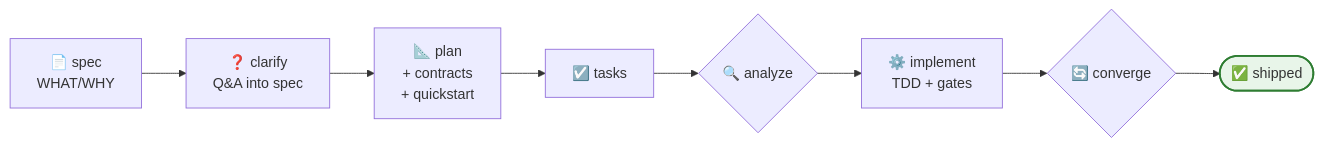
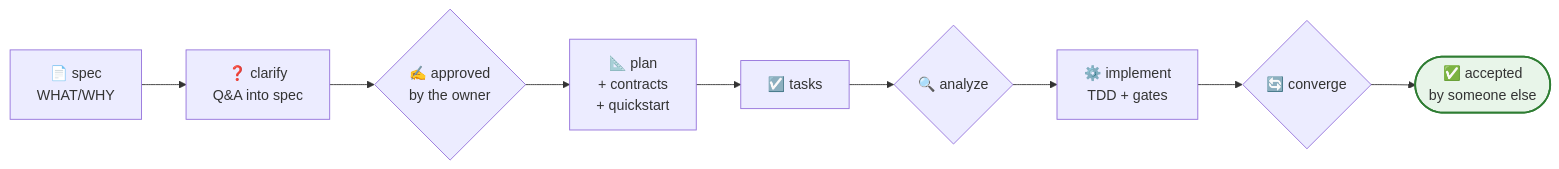
Before and after one commit to doxuta/ai-factory-kit: the second of 2 diagrams in README.md, drawn with Mermaid. The commit also changed other lines of this file and 97 other files, not shown here.

````diff
--- a/README.md
+++ b/README.md
@@ -45,6 +61,6 @@
 ```mermaid
 flowchart LR
-    S["📄 spec<br/>WHAT/WHY"] --> C["❓ clarify<br/>Q&A into spec"] --> P["📐 plan<br/>+ contracts<br/>+ quickstart"] --> T["☑️ tasks"]
-    T --> A{"🔍 analyze"} --> I["⚙️ implement<br/>TDD + gates"] --> V{"🔄 converge"} --> D(["✅ shipped"])
+    S["📄 spec<br/>WHAT/WHY"] --> C["❓ clarify<br/>Q&A into spec"] --> G{"✍️ approved<br/>by the owner"} --> P["📐 plan<br/>+ contracts<br/>+ quickstart"] --> T["☑️ tasks"]
+    T --> A{"🔍 analyze"} --> I["⚙️ implement<br/>TDD + gates"] --> V{"🔄 converge"} --> D(["✅ accepted<br/>by someone else"])
     style D fill:#e8f5e9,stroke:#2e7d32,stroke-width:2px
 ```
````
